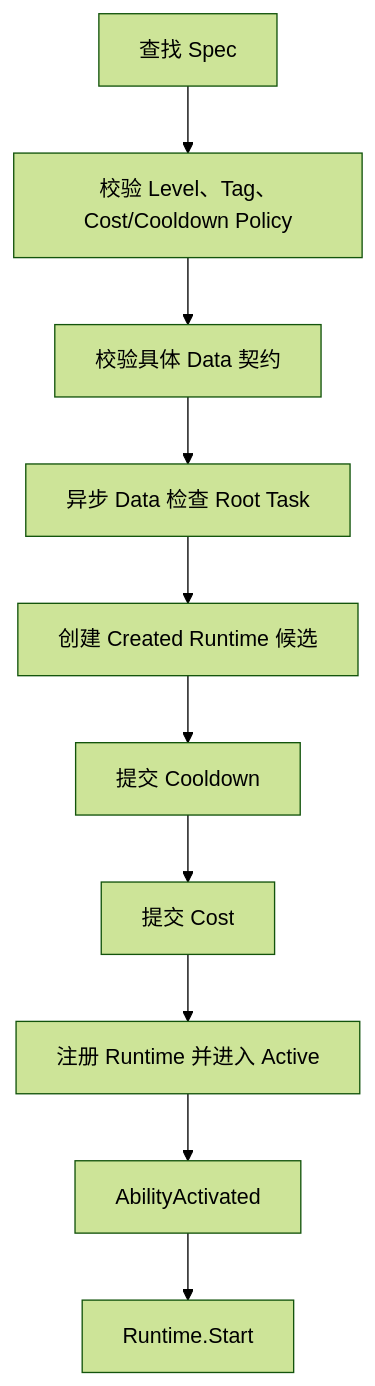
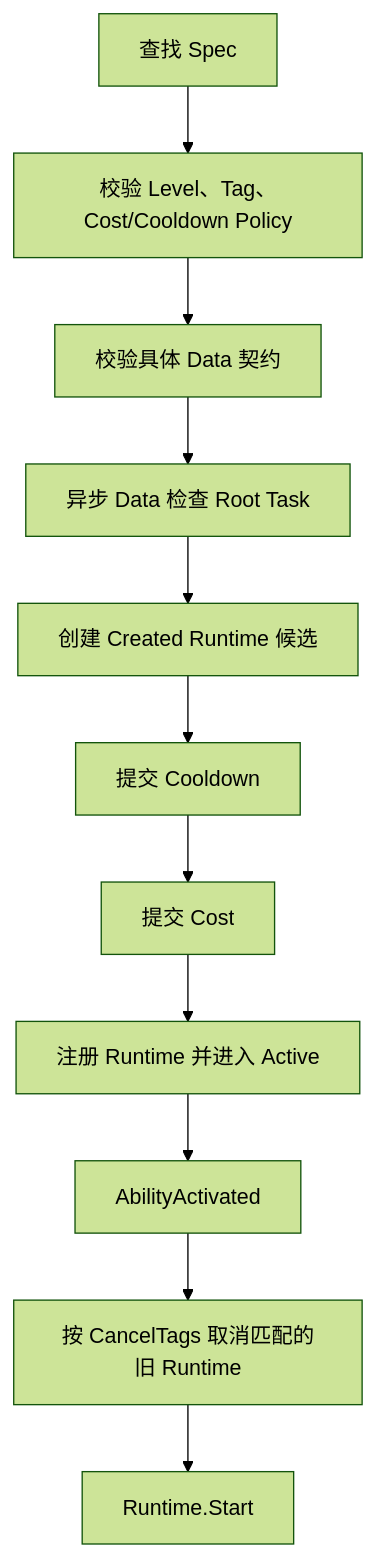
The second of 13 diagrams in Assets/GAS_Light/设计md/GameplayAbilityGameplay.md (Whitesheeeep/3DRPG), drawn with Mermaid (forest theme) before and after one commit. The commit also changed other lines of this file and 21 other files, not shown here.

Commit message:
1. 添加 AbilityTags 和 CancelTags 字段到各 Gameplay Ability 资产，增强标签管理功能

````diff
--- a/Assets/GAS_Light/设计md/GameplayAbilityGameplay.md
+++ b/Assets/GAS_Light/设计md/GameplayAbilityGameplay.md
@@ -41,12 +47,13 @@
 ```mermaid
 flowchart TD
     Spec["查找 Spec"] --> Level["校验 Level、Tag、Cost/Cooldown Policy"]
     Level --> Contract["校验具体 Data 契约"]
     Contract --> Root["异步 Data 检查 Root Task"]
     Root --> Candidate["创建 Created Runtime 候选"]
     Candidate --> Cooldown["提交 Cooldown"]
     Cooldown --> Cost["提交 Cost"]
     Cost --> Register["注册 Runtime 并进入 Active"]
     Register --> Activated["AbilityActivated"]
-    Activated --> Start["Runtime.Start"]
+    Activated --> Cancel["按 CancelTags 取消匹配的旧 Runtime"]
+    Cancel --> Start["Runtime.Start"]
 ```
````
